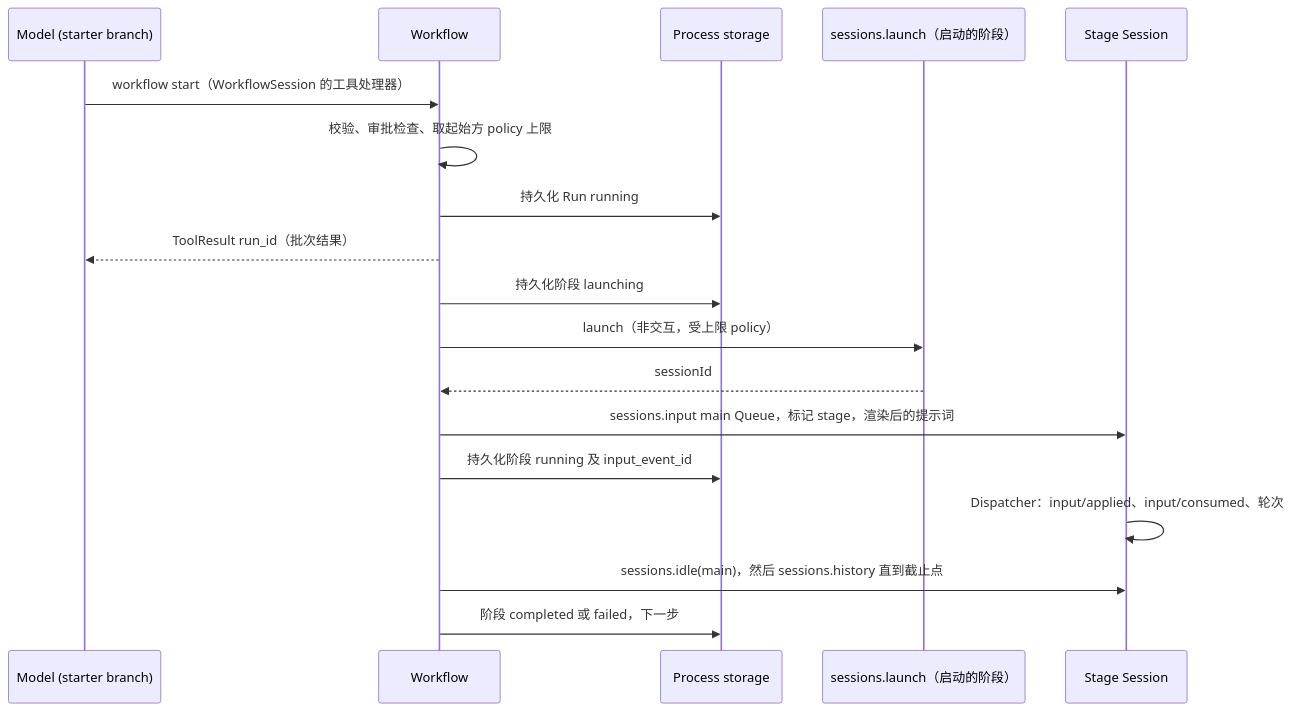
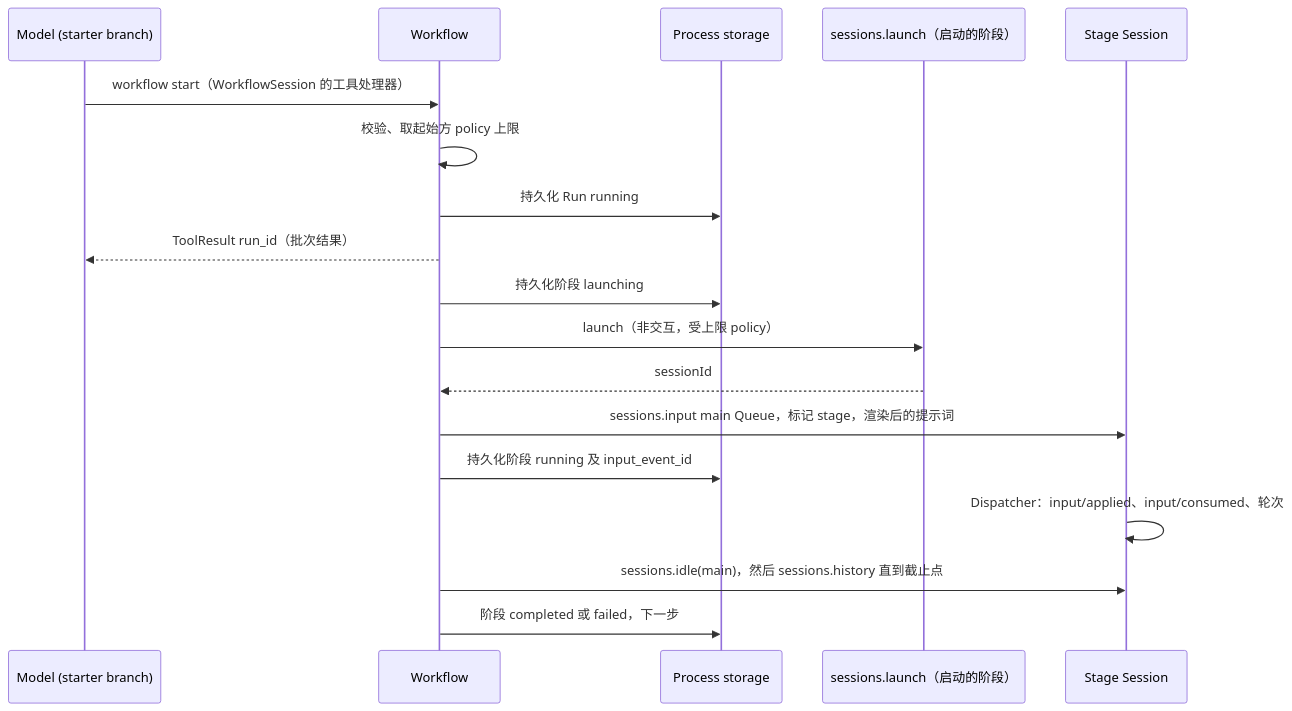
Before and after one commit to CoutinhoTTS/dim-agent: the third of 6 diagrams in docs/zh/design/plugins/Workflow.md, drawn with Mermaid. The commit also changed other lines of this file and 40 other files, not shown here.

````diff
--- a/docs/zh/design/plugins/Workflow.md
+++ b/docs/zh/design/plugins/Workflow.md
@@ -96,20 +94,20 @@
 ```mermaid
 sequenceDiagram
   participant M as Model (starter branch)
   participant WF as Workflow
   participant ST as Process storage
   participant AG as sessions.launch（启动的阶段）
   participant SS as Stage Session
   M->>WF: workflow start（WorkflowSession 的工具处理器）
-  WF->>WF: 校验、审批检查、取起始方 policy 上限
+  WF->>WF: 校验、取起始方 policy 上限
   WF->>ST: 持久化 Run running
   WF-->>M: ToolResult run_id（批次结果）
   WF->>ST: 持久化阶段 launching
   WF->>AG: launch（非交互，受上限 policy）
   AG-->>WF: sessionId
   WF->>SS: sessions.input main Queue，标记 stage，渲染后的提示词
   WF->>ST: 持久化阶段 running 及 input_event_id
   SS->>SS: Dispatcher：input/applied、input/consumed、轮次
   WF->>SS: sessions.idle(main)，然后 sessions.history 直到截止点
   WF->>ST: 阶段 completed 或 failed，下一步
 ```
````
